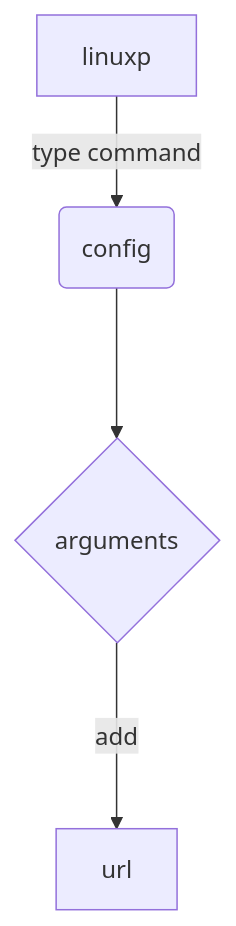
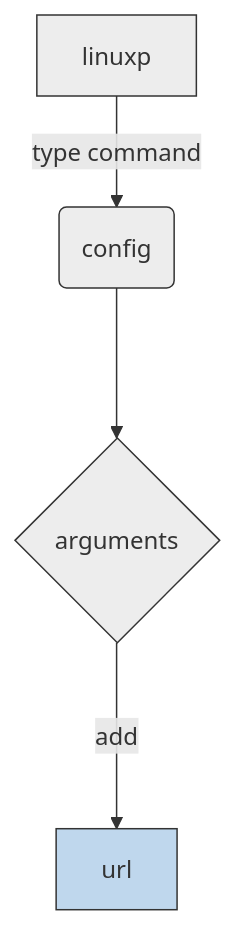
One commit to linux-profile/linux-profile changed the diagram in docs/nav/commands/config/index.md. Above: the diagram before and after it, drawn with Mermaid. The commit also changed 6 other files, not shown here.

````diff
--- a/docs/nav/commands/config/index.md
+++ b/docs/nav/commands/config/index.md
@@ -27,6 +27,12 @@
 ``` mermaid
 graph TD
     L[linuxp] -->|type command| c(config)
     c ---> option_c{arguments}
     option_c --->|add| arg_c_url[url]
+
+    style arg_c_url fill:#BFD7ED,stroke:#333
+
+    style L fill:#ededed,stroke:#333
+    style c fill:#ededed,stroke:#333
+    style option_c fill:#ededed,stroke:#333
 ```
````
